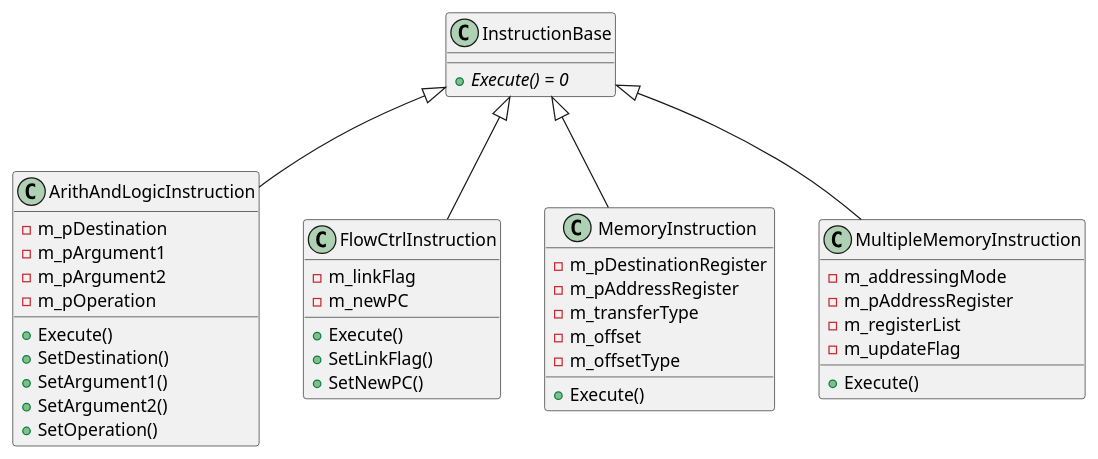
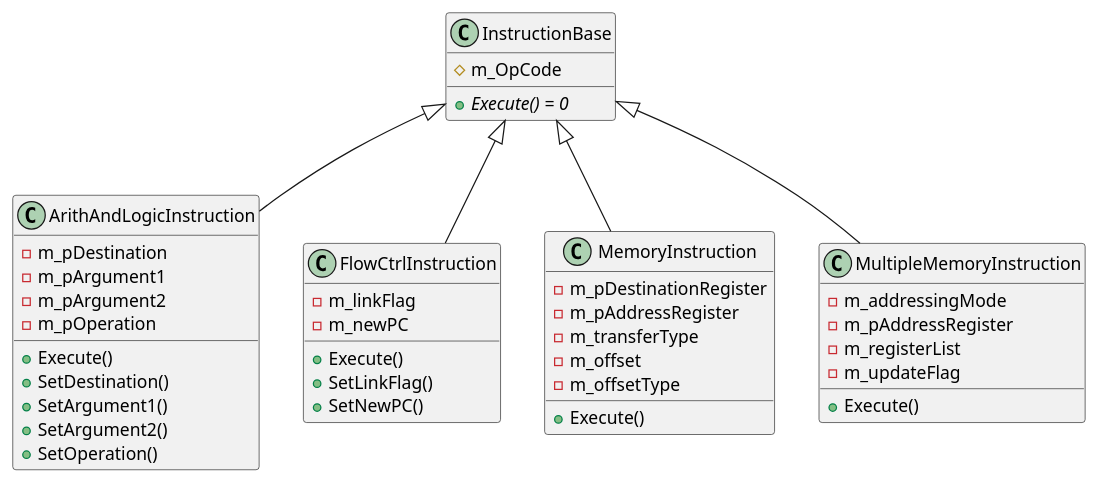
Before and after one commit to KaravolisL/ARM-ISA-Simulator: the third of 3 diagrams in docs/Instruction_Execution.md, drawn with PlantUML. The commit also changed 62 other files, not shown here.

````diff
--- a/docs/Instruction_Execution.md
+++ b/docs/Instruction_Execution.md
@@ -88,56 +88,57 @@
 ```plantuml
 @startuml
 
 class InstructionBase
 {
+    # m_OpCode
     {abstract} + Execute() = 0
 }
 
 class ArithAndLogicInstruction
 {
     - m_pDestination
     - m_pArgument1
     - m_pArgument2
     - m_pOperation
     + Execute()
     + SetDestination()
     + SetArgument1()
     + SetArgument2()
     + SetOperation()
 }
 
 class FlowCtrlInstruction
 {
     - m_linkFlag
     - m_newPC
     + Execute()
     + SetLinkFlag()
     + SetNewPC()
 }
 
 class MemoryInstruction
 {
     - m_pDestinationRegister
     - m_pAddressRegister
     - m_transferType
     - m_offset
     - m_offsetType
     + Execute()
 }
 
 class MultipleMemoryInstruction
 {
     - m_addressingMode
     - m_pAddressRegister
     - m_registerList
     - m_updateFlag
     + Execute()
 }
 
 InstructionBase <|-- ArithAndLogicInstruction
 InstructionBase <|-- FlowCtrlInstruction
 InstructionBase <|-- MemoryInstruction
 InstructionBase <|-- MultipleMemoryInstruction
 
 @enduml
 ```
````
